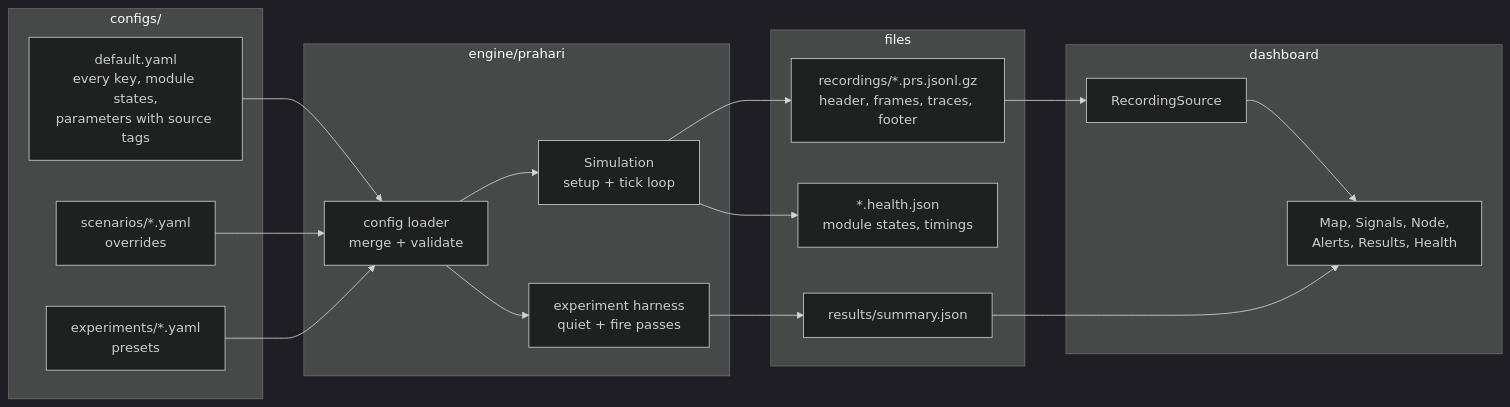
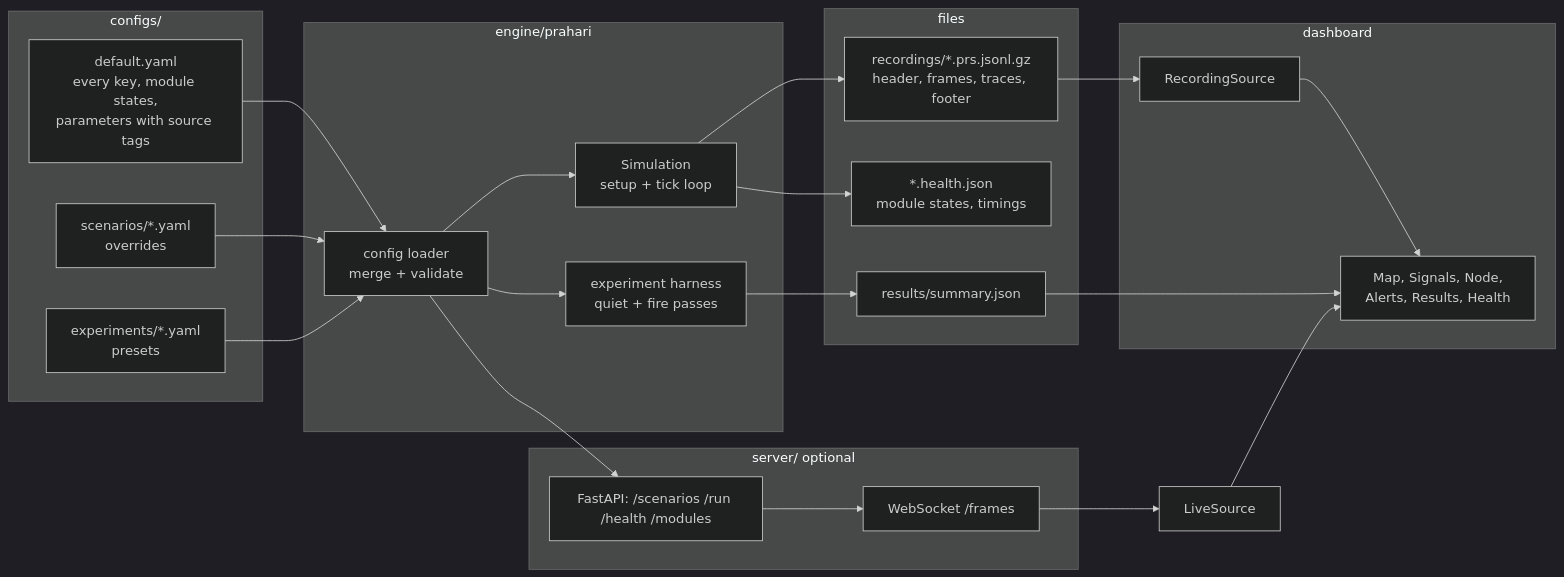
Before and after one commit to bhardwaj-kushagra/PRAHARI: the first of 2 diagrams in docs/architecture/01-system.md, drawn with Mermaid (dark theme). The commit also changed other lines of this file and 62 other files, not shown here.

````diff
--- a/docs/architecture/01-system.md
+++ b/docs/architecture/01-system.md
@@ -7,30 +7,35 @@
 ```mermaid
 flowchart LR
   subgraph cfg[configs/]
     D[default.yaml<br/>every key, module states,<br/>parameters with source tags]
     S[scenarios/*.yaml<br/>overrides]
     E[experiments/*.yaml<br/>presets]
   end
   subgraph eng[engine/prahari]
     L[config loader<br/>merge + validate]
     P[Simulation<br/>setup + tick loop]
     H[experiment harness<br/>quiet + fire passes]
   end
   subgraph out[files]
     R[recordings/*.prs.jsonl.gz<br/>header, frames, traces, footer]
     J[*.health.json<br/>module states, timings]
     X[results/summary.json]
   end
   subgraph ui[dashboard]
     RS[RecordingSource]
     V[Map, Signals, Node,<br/>Alerts, Results, Health]
   end
   D --> L
   S --> L
   E --> L
   L --> P --> R
   P --> J
   L --> H --> X
   R --> RS --> V
   X --> V
+  subgraph srv[server/ optional]
+    API[FastAPI: /scenarios /run /health /modules]
+    WS[WebSocket /frames]
+  end
+  L --> API --> WS --> LS[LiveSource] --> V
 ```
````
